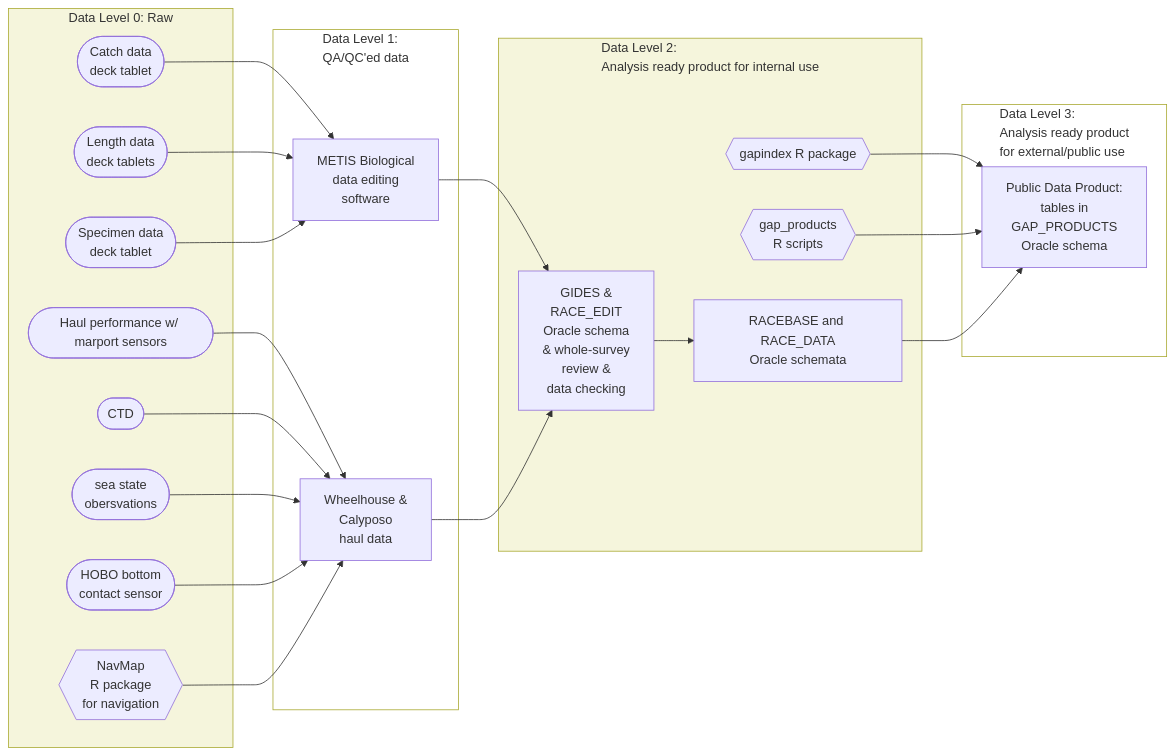
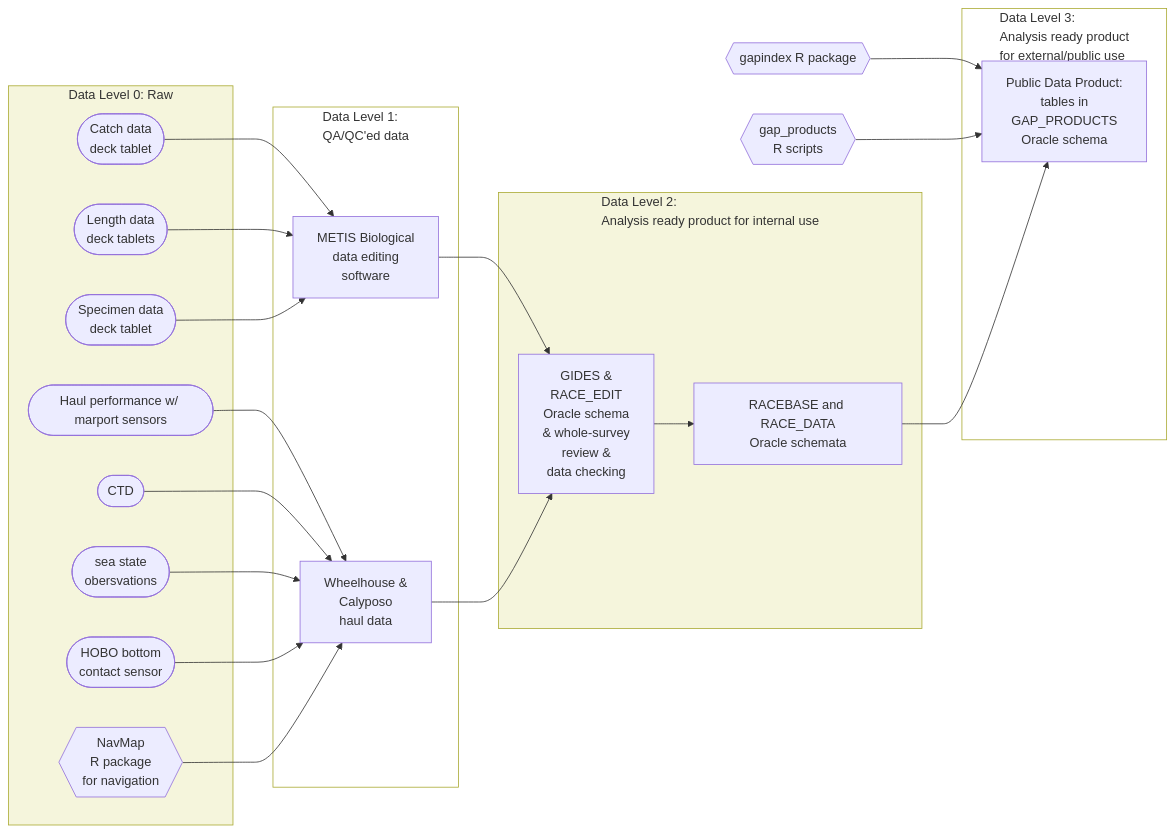
One commit to afsc-gap-products/gap_products changed the first of 2 diagrams in content/intro-workflow.qmd. Above: the diagram before and after it, drawn with Mermaid. The commit also changed other lines of this file and 14 other files, not shown here.

````diff
--- a/content/intro-workflow.qmd
+++ b/content/intro-workflow.qmd
@@ -69,47 +69,45 @@
 ```{mermaid}
 %%| label: fig-workflow
 %%| fig-cap: "Simplified data workflow from boat to production."
 
 flowchart LR
   A([Catch data\ndeck tablet]) --> B1[METIS Biological\ndata editing\nsoftware]
   A1([Length data\ndeck tablets]) --> B1
   A2([Specimen data\ndeck tablet]) --> B1
   A3([Haul performance w/ marport sensors]) --> B2[Wheelhouse &\nCalyposo \nhaul data] 
   A4([CTD]) --> B2
   A5([sea state\nobersvations]) --> B2
   A6([HOBO bottom\ncontact sensor]) --> B2
   A7{{NavMap\nR package\nfor navigation}} --> B2
   B1 --> C[GIDES &\nRACE_EDIT\nOracle schema\n& whole-survey\nreview &\ndata checking]
   B2 --> C
   C --> D[RACEBASE and RACE_DATA\nOracle schemata]
   D1{{gapindex R package}} --> F[Public Data Product:\ntables in\nGAP_PRODUCTS\nOracle schema]
   D2{{gap_products\nR scripts}} --> F
   D --> F
   subgraph AA[Data Level 0: Raw]
   A
   A1
   A2
   A3
   A4
   A5
   A6
   A7
   end
   subgraph BB[Data Level 1:\nQA/QC'ed data]
   B1
   B2
   end
   subgraph CC[Data Level 2:\nAnalysis ready product for internal use]
   C
   D
-  D1
-  D2
   end
   subgraph FF[Data Level 3:\nAnalysis ready product\nfor external/public use]
   F
   end
   style AA fill:beige,::
   style BB fill:white,::
   style CC fill:beige,::
   style FF fill:white,::
 ```
````
